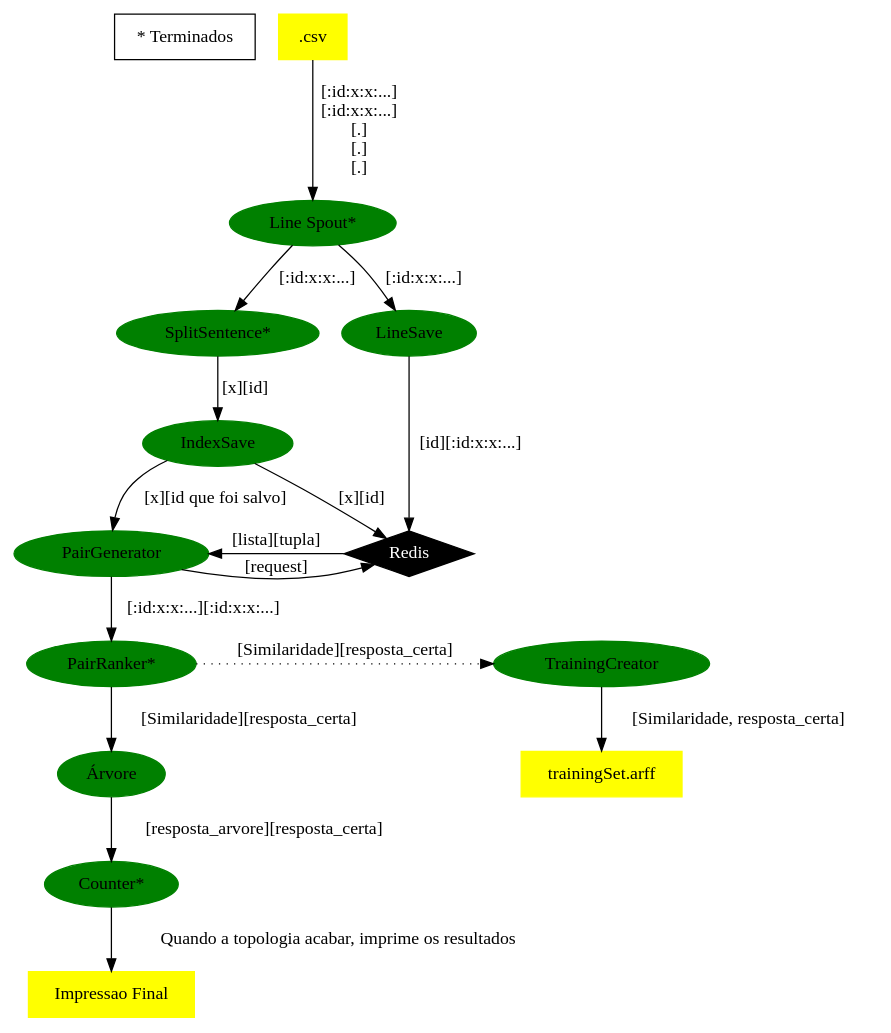
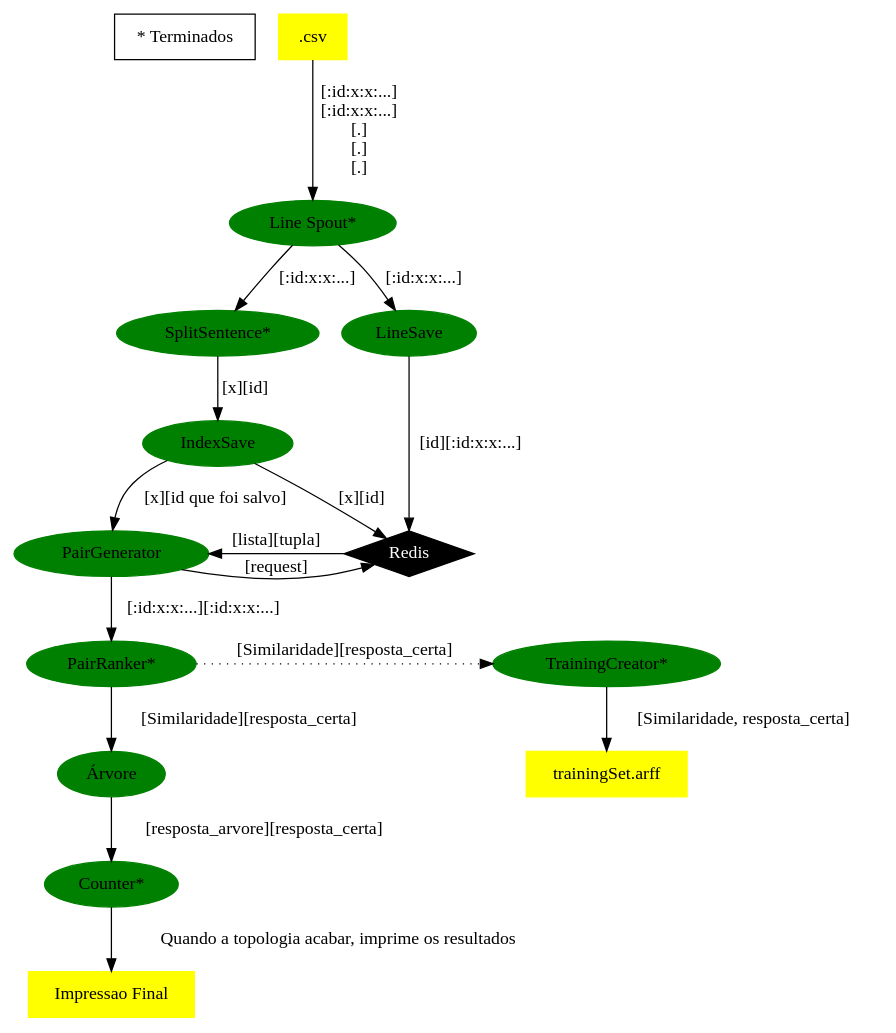
Before and after one commit to luanfelixpimentel/storminho: the diagram in info/whats_going_on.dot, drawn with Graphviz. The commit also changed 4 other files, not shown here.

Commit message:
TrainingCreator pronto

```diff
--- a/info/whats_going_on.dot
+++ b/info/whats_going_on.dot
@@ -1,64 +1,64 @@
 digraph projeto_topology {
     node [style="filled"]
     comments [shape="box" fillcolor="white" label="* Terminados"]
 
     //files
     {
         node [shape="box" color="yellow"]
         csv [label=".csv"]
         impressaofinal [label="Impressao Final"]
         trainingset [label="trainingSet.arff"]
     }
     //spouts and bolts
     {
         node [shape="ellipse" color="green"]
         linespout [label="Line Spout*", comment="teste"]
         splitsentence [label="SplitSentence*"]
         linesave [label="LineSave"]
         indexsave [label="IndexSave"]
         pairranker [label="PairRanker*"]
         pairgenerator [label="PairGenerator"]
         arvore [label="Árvore"]
         counter [label="Counter*"]
-        trainingcreator [label="TrainingCreator"]
+        trainingcreator [label="TrainingCreator*"]
     }
     //programas
     {
         node [shape="trapezium" color="orange"]
     }
 
     //outros
     {
         node [shape="diamond" color="black" fontcolor="white"]
         redis [label="Redis"]
     }
 
     //ligações
     {
         csv -> linespout [label="[:id:x:x:...]\n[:id:x:x:...]\n[.]\n[.]\n[.]"]
         linespout -> splitsentence [label="[:id:x:x:...]"]
         linespout -> linesave [label="[:id:x:x:...]"]
         linesave -> redis [label="[id][:id:x:x:...]"]
         splitsentence -> indexsave [label="[x][id]"]
         indexsave -> redis[label="[x][id]"]
         indexsave -> pairgenerator [label="[x][id que foi salvo]"]
         pairgenerator -> redis [label="[request]"]
         redis -> pairgenerator [label="[lista][tupla]"]
         pairgenerator -> pairranker [label="[:id:x:x:...][:id:x:x:...]"]
         pairranker -> arvore [label="[Similaridade][resposta_certa]"]
         pairranker -> trainingcreator [label="[Similaridade][resposta_certa]" style="dotted"]
         trainingcreator -> trainingset [label="[Similaridade, resposta_certa]"]
         arvore -> counter [label="[resposta_arvore][resposta_certa]"]
         counter -> impressaofinal [label="Quando a topologia acabar, imprime os resultados"]
 
     }
 
     //ranks (posições)
     {
         {rank=same; splitsentence linesave}
         {rank=same; pairgenerator redis}
         {rank=same; pairranker trainingcreator}
 
 
     }
 }
```
